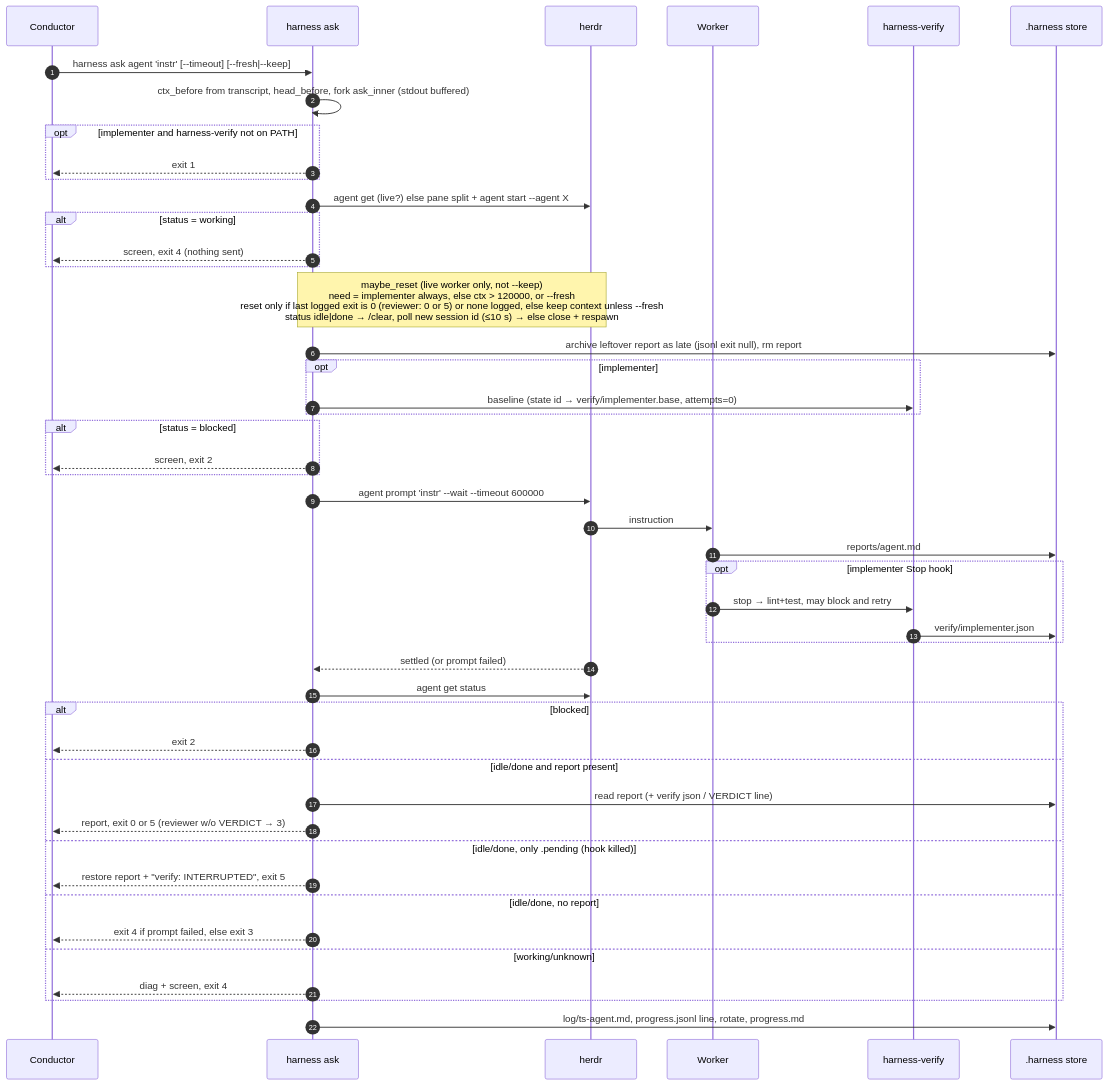
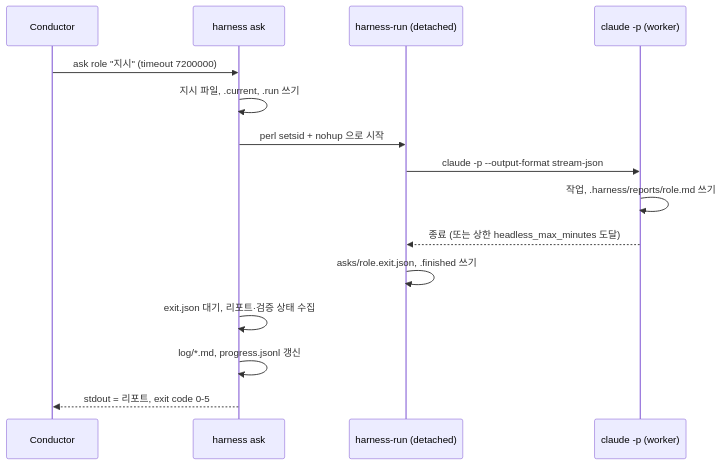
Before and after one commit to geonhos/claude-code-setup: the second of 4 diagrams in docs/architecture.md, drawn with Mermaid. The commit also changed other lines of this file and 20 other files, not shown here.

Commit message:
docs: rewrite architecture.md with inline mermaid; delete docs/diagrams

````diff
--- a/docs/architecture.md
+++ b/docs/architecture.md
@@ -109,50 +28,17 @@
 ```mermaid
 sequenceDiagram
-  autonumber
   participant C as Conductor
   participant H as harness ask
-  participant D as herdr
-  participant W as Worker
-  participant V as harness-verify
-  participant S as .harness store
-
-  C->>H: harness ask agent 'instr' [--timeout] [--fresh|--keep]
-  H->>H: ctx_before from transcript, head_before, fork ask_inner (stdout buffered)
-  opt implementer and harness-verify not on PATH
-    H-->>C: exit 1
-  end
-  H->>D: agent get (live?) else pane split + agent start --agent X
-  alt status = working
-    H-->>C: screen, exit 4 (nothing sent)
-  end
-  Note over H,D: maybe_reset (live worker only, not --keep)<br/>need = implementer always, else ctx > 120000, or --fresh<br/>reset only if last logged exit is 0 (reviewer: 0 or 5) or none logged, else keep context unless --fresh<br/>status idle|done → /clear, poll new session id (≤10 s) → else close + respawn
-  H->>S: archive leftover report as late (jsonl exit null), rm report
-  opt implementer
-    H->>V: baseline (state id → verify/implementer.base, attempts=0)
-  end
-  alt status = blocked
-    H-->>C: screen, exit 2
-  end
-  H->>D: agent prompt 'instr' --wait --timeout 600000
-  D->>W: instruction
-  W->>S: reports/agent.md
-  opt implementer Stop hook
-    W->>V: stop → lint+test, may block and retry
-    V->>S: verify/implementer.json
-  end
-  D-->>H: settled (or prompt failed)
-  H->>D: agent get status
-  alt blocked
-    H-->>C: exit 2
-  else idle/done and report present
-    H->>S: read report (+ verify json / VERDICT line)
-    H-->>C: report, exit 0 or 5 (reviewer w/o VERDICT → 3)
-  else idle/done, only .pending (hook killed)
-    H-->>C: restore report + "verify: INTERRUPTED", exit 5
-  else idle/done, no report
-    H-->>C: exit 4 if prompt failed, else exit 3
-  else working/unknown
-    H-->>C: diag + screen, exit 4
-  end
-  H->>S: log/ts-agent.md, progress.jsonl line, rotate, progress.md
+  participant R as harness-run (detached)
+  participant W as claude -p (worker)
+  C->>H: ask role "지시" (timeout 7200000)
+  H->>H: 지시 파일, .current, .run 쓰기
+  H->>R: perl setsid + nohup 으로 시작
+  R->>W: claude -p --output-format stream-json
+  W->>W: 작업, .harness/reports/role.md 쓰기
+  W-->>R: 종료 (또는 상한 headless_max_minutes 도달)
+  R->>R: asks/role.exit.json, .finished 쓰기
+  H->>H: exit.json 대기, 리포트·검증 상태 수집
+  H->>H: log/*.md, progress.jsonl 갱신
+  H-->>C: stdout = 리포트, exit code 0-5
 ```
````
